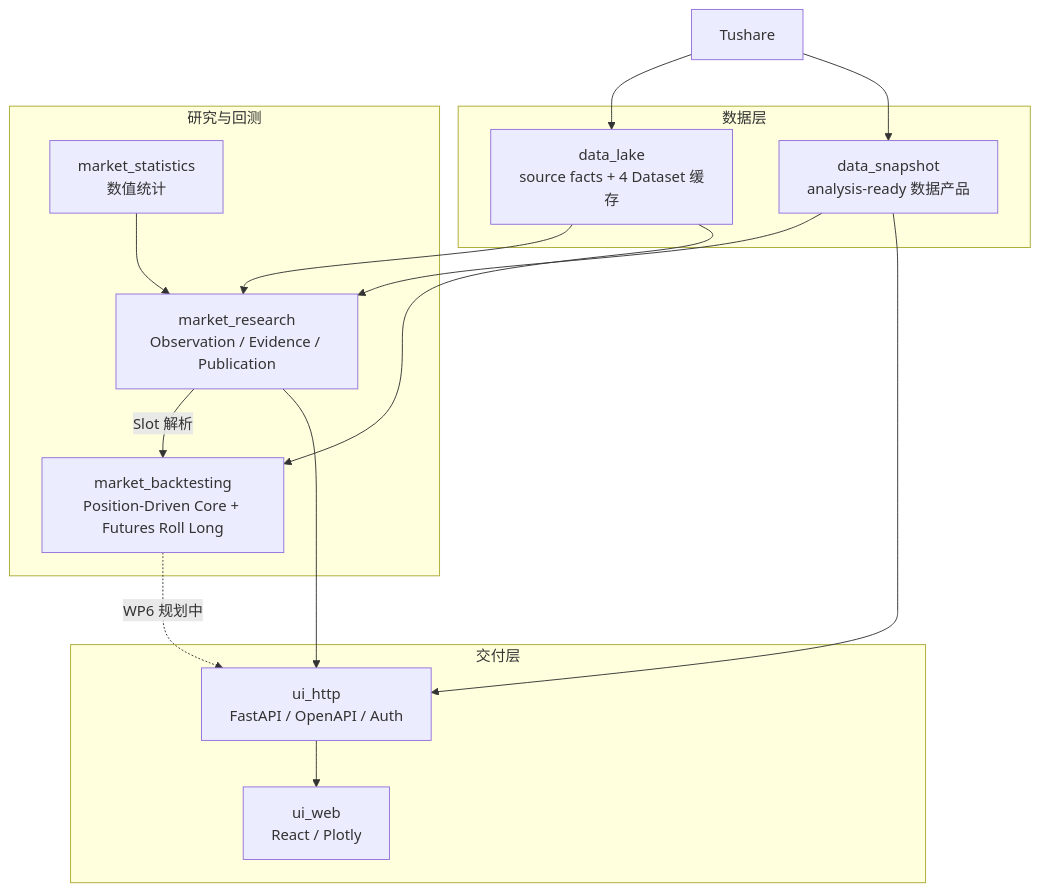
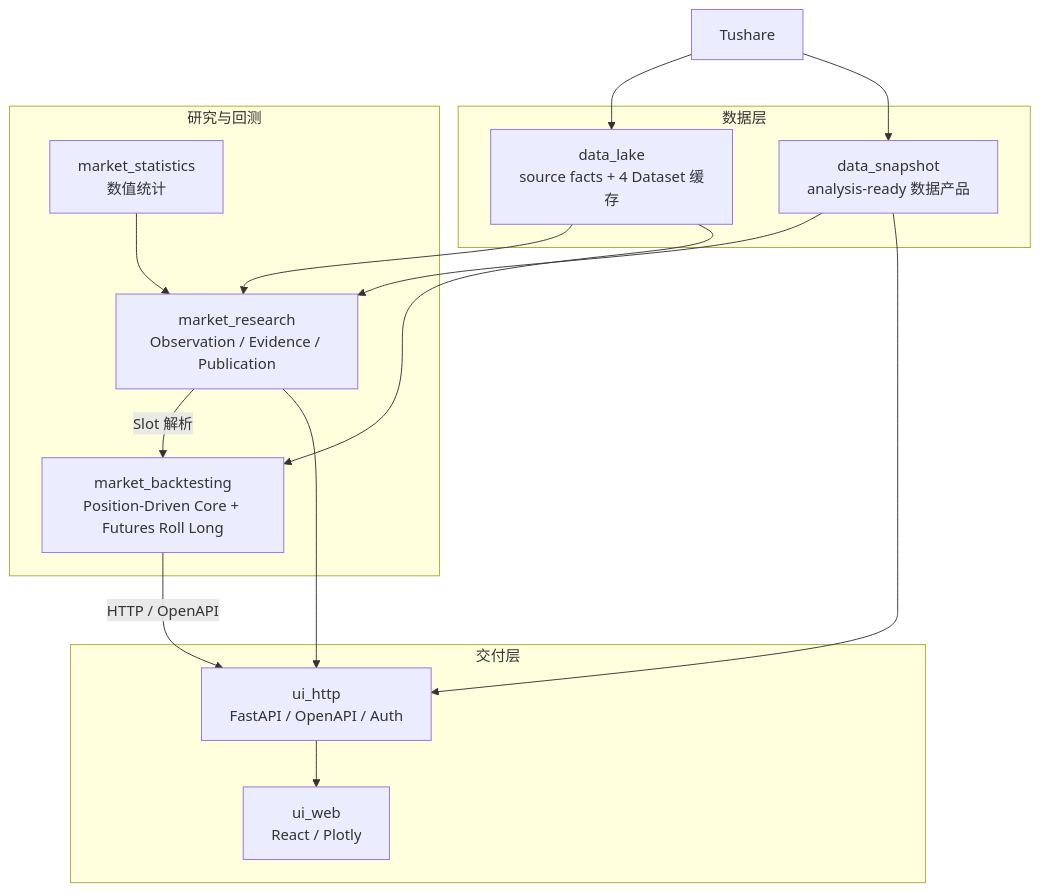
The diagram in README.md (ougachakaaa/hg-market-state-lab), drawn with Mermaid before and after one commit. The commit also changed other lines of this file and 1 other file, not shown here.

````diff
--- a/README.md
+++ b/README.md
@@ -63,32 +63,32 @@
 ```mermaid
 flowchart TB
     SRC["Tushare"]
 
     subgraph DATA["数据层"]
         DL["data_lake<br/>source facts + 4 Dataset 缓存"]
         SN["data_snapshot<br/>analysis-ready 数据产品"]
     end
 
     subgraph ANALYTICS["研究与回测"]
         RS["market_research<br/>Observation / Evidence / Publication"]
         ST["market_statistics<br/>数值统计"]
         BT["market_backtesting<br/>Position-Driven Core + Futures Roll Long"]
     end
 
     subgraph DELIVERY["交付层"]
         API["ui_http<br/>FastAPI / OpenAPI / Auth"]
         WEB["ui_web<br/>React / Plotly"]
     end
 
     SRC --> DL
     SRC --> SN
     DL --> RS
     DL --> BT
     SN --> RS
     SN --> API
     ST --> RS
     RS -->|"Slot 解析"| BT
     RS --> API
-    BT -. "WP6 规划中" .-> API
+    BT -->|"HTTP / OpenAPI"| API
     API --> WEB
 ```
````
